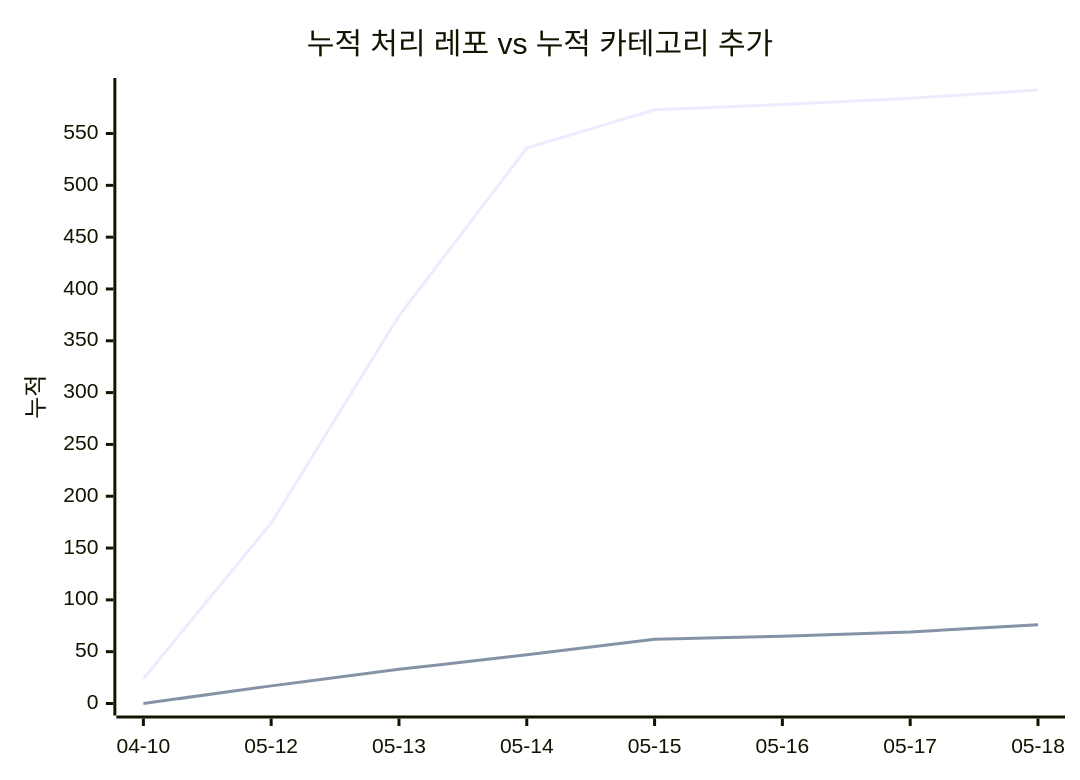
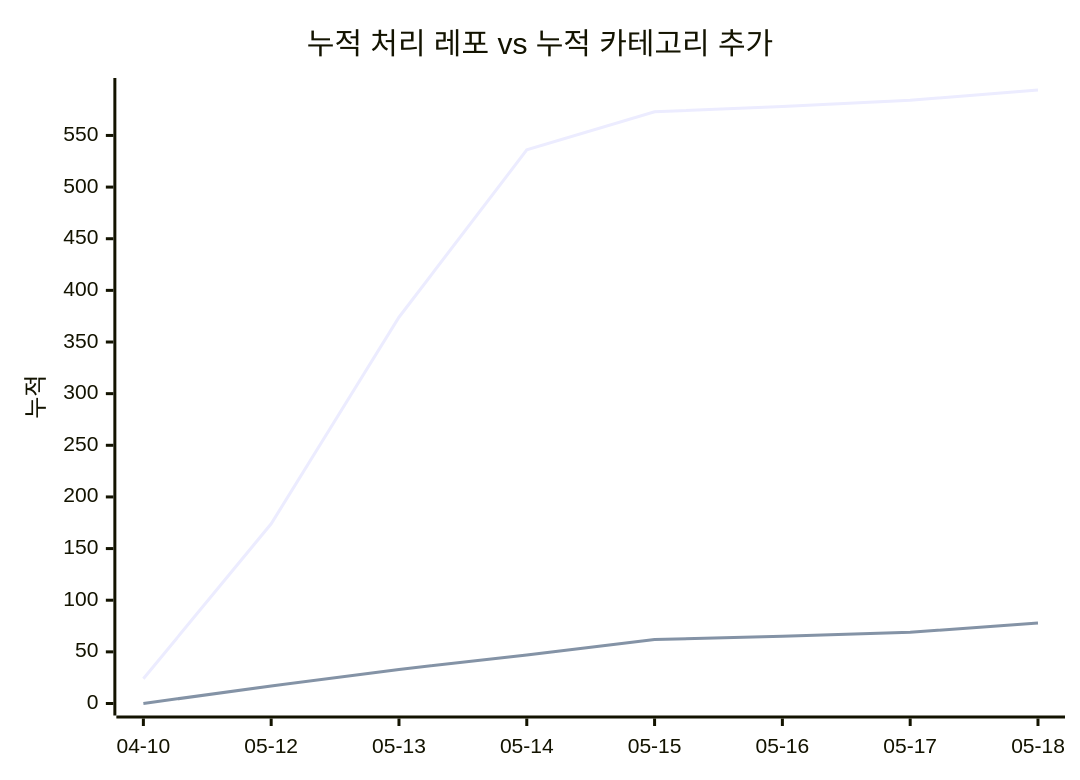
Before and after one commit to J-nowcow/awesome-korean-agent-skills: the second of 2 diagrams in docs/trends.md, drawn with Mermaid. The commit also changed other lines of this file and 5 other files, not shown here.

````diff
--- a/docs/trends.md
+++ b/docs/trends.md
@@ -62,8 +62,8 @@
 ```mermaid
 xychart-beta
     title "누적 처리 레포 vs 누적 카테고리 추가"
     x-axis ["04-10","05-12","05-13","05-14","05-15","05-16","05-17","05-18"]
     y-axis "누적"
-    line [24,174,374,536,573,578,584,592]
-    line [0,17,33,47,62,65,69,76]
+    line [24,174,374,536,573,578,584,594]
+    line [0,17,33,47,62,65,69,78]
 ```
````
